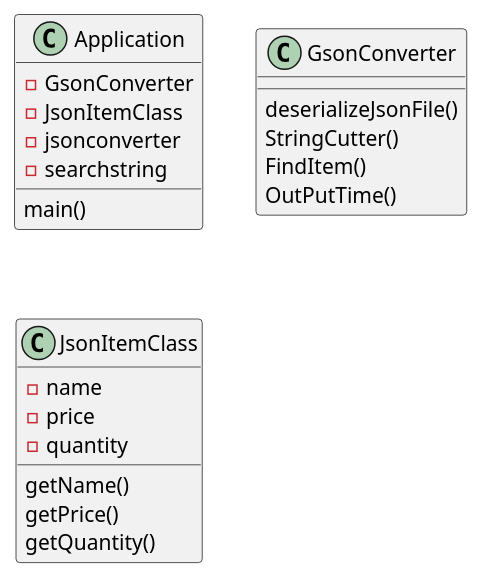
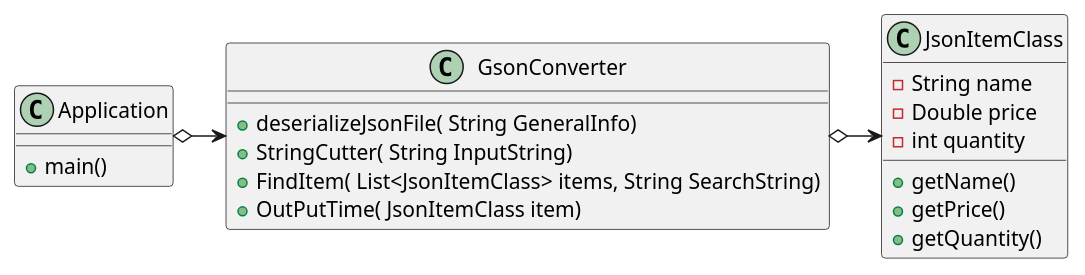
The diagram in src/main/java/oop/assignment3/ex44/exercise44_Diagram.puml (Awesome-wolf-101/ashby-cop3330-assignment3), drawn with PlantUML before and after one commit. The commit also changed 5 other files, not shown here.

```diff
--- a/src/main/java/oop/assignment3/ex44/exercise44_Diagram.puml
+++ b/src/main/java/oop/assignment3/ex44/exercise44_Diagram.puml
@@ -1,36 +1,33 @@
 @startuml
 'https://plantuml.com/sequence-diagram
 
 class Application{
--GsonConverter
--JsonItemClass
--jsonconverter
--searchstring
 
-main()
++main()
 }
 
 class GsonConverter{
 
 
 
-deserializeJsonFile()
-StringCutter()
-FindItem()
-OutPutTime()
++deserializeJsonFile( String GeneralInfo)
++StringCutter( String InputString)
++FindItem( List<JsonItemClass> items, String SearchString)
++OutPutTime( JsonItemClass item)
 }
 
 class JsonItemClass{
--name
--price
--quantity
+-String name
+-Double price
+-int quantity
 
 
 
-getName()
-getPrice()
-getQuantity()
++getName()
++getPrice()
++getQuantity()
 
 }
-
+Application o->  GsonConverter
+GsonConverter o-> JsonItemClass
 @enduml
```
